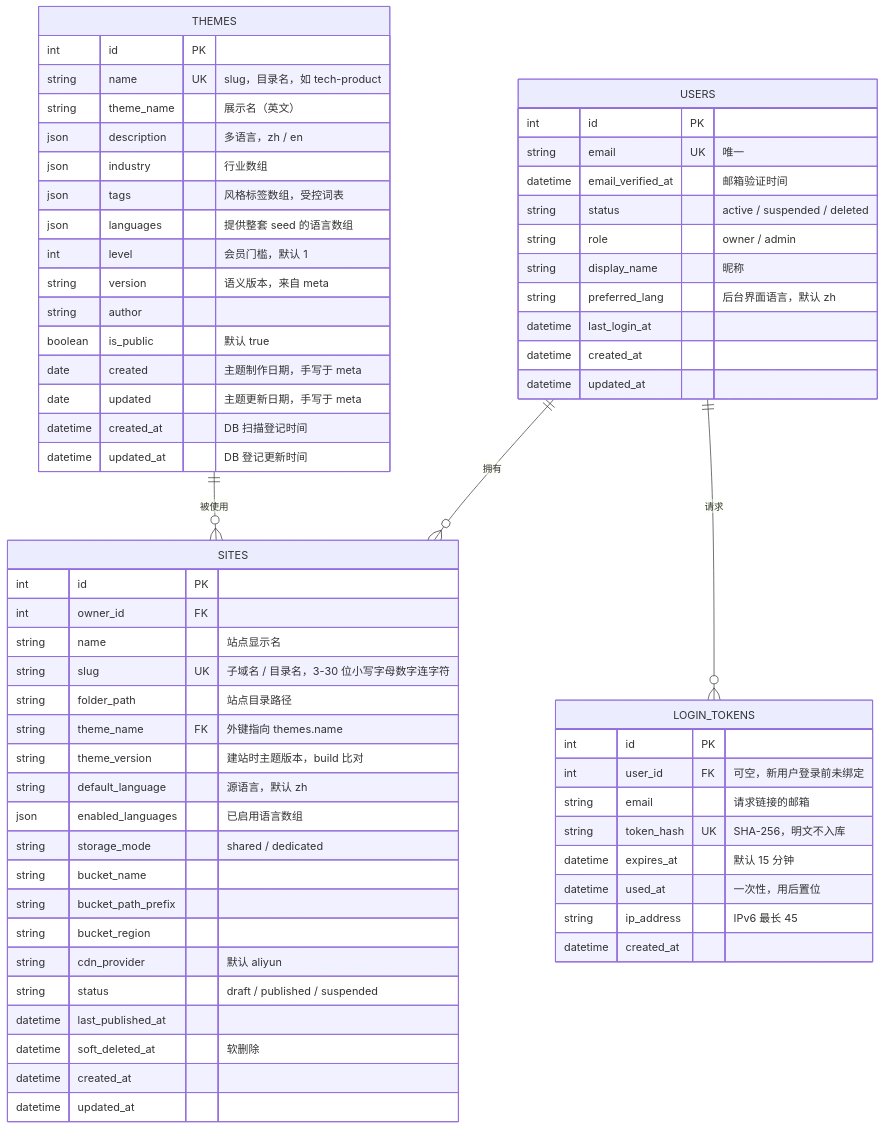
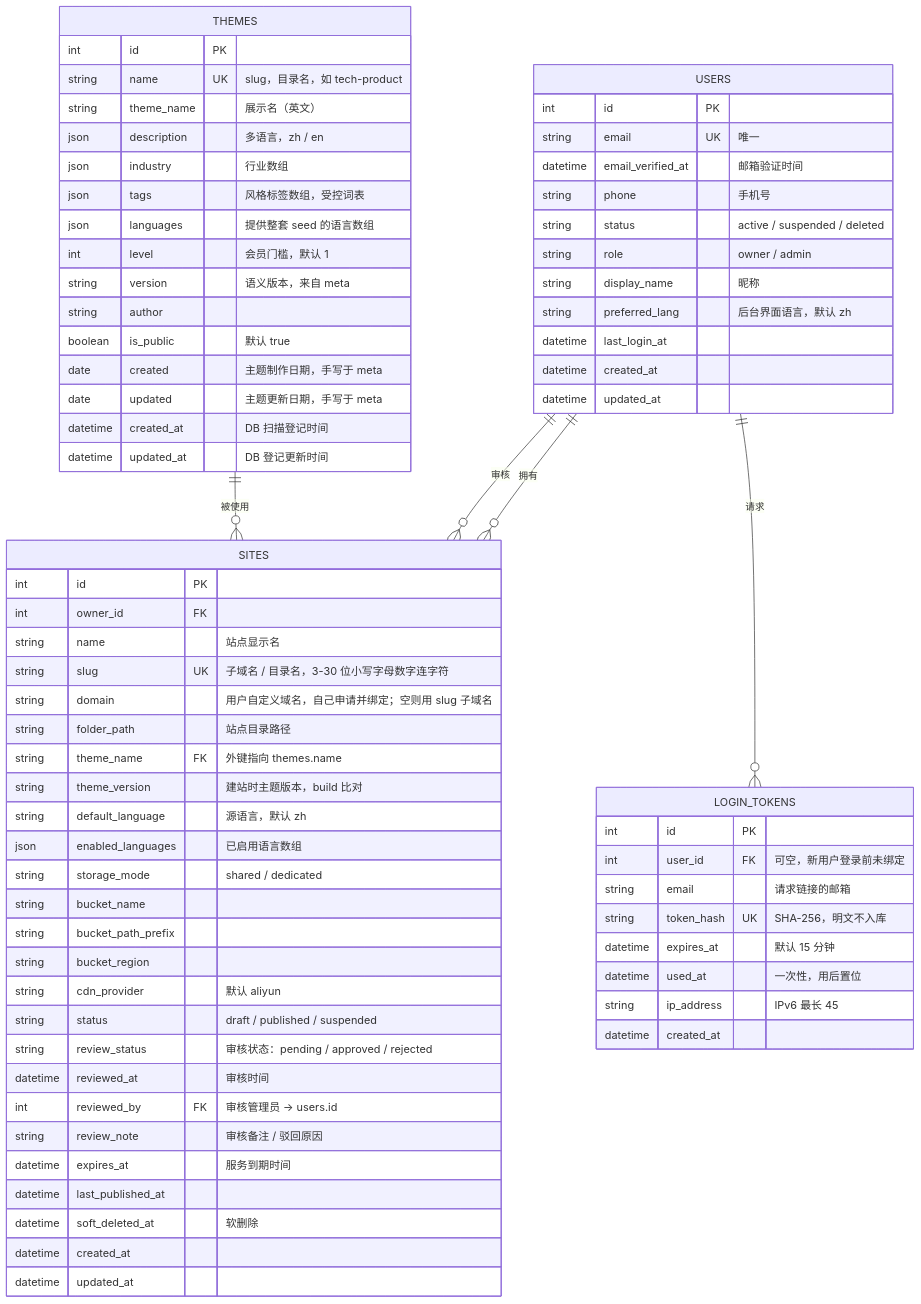
The diagram in docs/database.md (jjq-git/mycompany.website), drawn with Mermaid before and after one commit. The commit also changed other lines of this file and 1 other file, not shown here.

Commit message:
docs: SITES 加 domain/到期/审核字段，USERS 加手机号
- SITES：domain（用户自定义域名）、expires_at（服务到期）、审核字段
  review_status / reviewed_at / reviewed_by / review_note（平台内容审核）
- USERS：phone（手机号）
- ER 图加 USERS-SITES「审核」关系；要点补审核 / 域名 / 到期 / 联系方式说明
- 新增字段代码待补，记入 TODO-code.md

````diff
--- a/docs/database.md
+++ b/docs/database.md
@@ -8,70 +8,78 @@
 ```mermaid
 erDiagram
     USERS ||--o{ SITES : "拥有"
+    USERS ||--o{ SITES : "审核"
     USERS ||--o{ LOGIN_TOKENS : "请求"
     THEMES ||--o{ SITES : "被使用"
 
     USERS {
         int id PK
         string email UK "唯一"
         datetime email_verified_at "邮箱验证时间"
+        string phone "手机号"
         string status "active / suspended / deleted"
         string role "owner / admin"
         string display_name "昵称"
         string preferred_lang "后台界面语言，默认 zh"
         datetime last_login_at
         datetime created_at
         datetime updated_at
     }
 
     LOGIN_TOKENS {
         int id PK
         int user_id FK "可空，新用户登录前未绑定"
         string email "请求链接的邮箱"
         string token_hash UK "SHA-256，明文不入库"
         datetime expires_at "默认 15 分钟"
         datetime used_at "一次性，用后置位"
         string ip_address "IPv6 最长 45"
         datetime created_at
     }
 
     SITES {
         int id PK
         int owner_id FK
         string name "站点显示名"
         string slug UK "子域名 / 目录名，3-30 位小写字母数字连字符"
+        string domain "用户自定义域名，自己申请并绑定；空则用 slug 子域名"
         string folder_path "站点目录路径"
         string theme_name FK "外键指向 themes.name"
         string theme_version "建站时主题版本，build 比对"
         string default_language "源语言，默认 zh"
         json enabled_languages "已启用语言数组"
         string storage_mode "shared / dedicated"
         string bucket_name
         string bucket_path_prefix
         string bucket_region
         string cdn_provider "默认 aliyun"
         string status "draft / published / suspended"
+        string review_status "审核状态：pending / approved / rejected"
+        datetime reviewed_at "审核时间"
+        int reviewed_by FK "审核管理员 → users.id"
+        string review_note "审核备注 / 驳回原因"
+        datetime expires_at "服务到期时间"
         datetime last_published_at
         datetime soft_deleted_at "软删除"
         datetime created_at
         datetime updated_at
     }
 
     THEMES {
         int id PK
         string name UK "slug，目录名，如 tech-product"
         string theme_name "展示名（英文）"
         json description "多语言，zh / en"
         json industry "行业数组"
         json tags "风格标签数组，受控词表"
         json languages "提供整套 seed 的语言数组"
         int level "会员门槛，默认 1"
         string version "语义版本，来自 meta"
         string author
         boolean is_public "默认 true"
         date created "主题制作日期，手写于 meta"
         date updated "主题更新日期，手写于 meta"
         datetime created_at "DB 扫描登记时间"
         datetime updated_at "DB 登记更新时间"
     }
 ```
````
